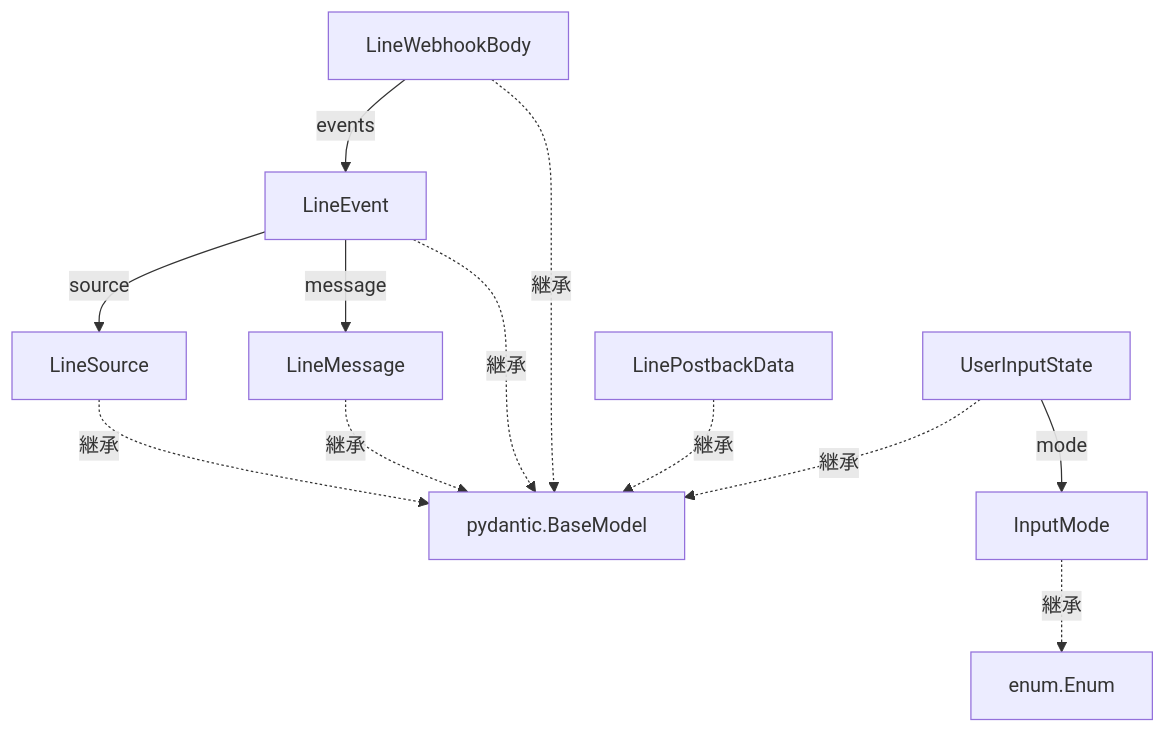
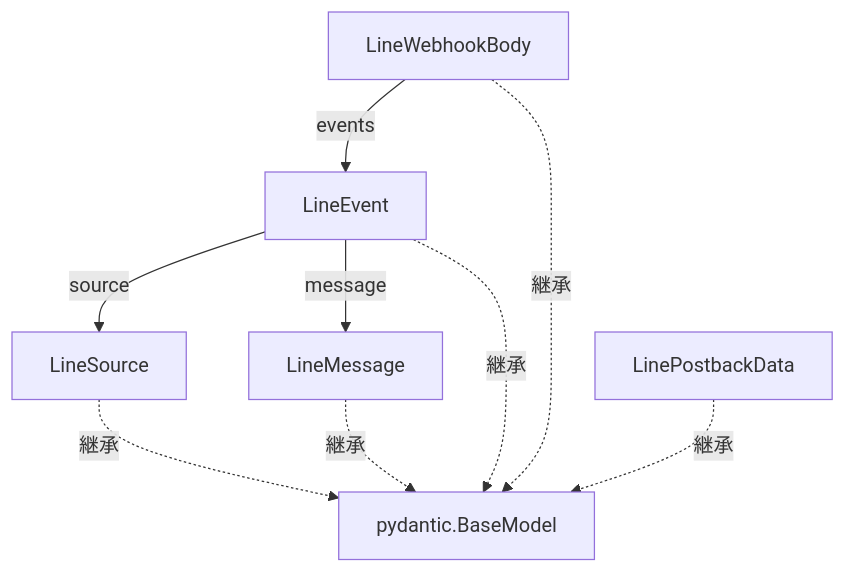
Before and after one commit to mmtigers/my_python_project: the second of 2 diagrams in docs/specifications/MY_HOME_SYSTEM/line.md, drawn with Mermaid. The commit also changed other lines of this file and 47 other files, not shown here.

````diff
--- a/docs/specifications/MY_HOME_SYSTEM/line.md
+++ b/docs/specifications/MY_HOME_SYSTEM/line.md
@@ -224,21 +176,17 @@
 ```mermaid
 graph TD
     %% 外部クラス継承関係
     BaseModel[pydantic.BaseModel]
-    Enum[enum.Enum]
     
     LineSource -.->|継承| BaseModel
     LineMessage -.->|継承| BaseModel
     LineEvent -.->|継承| BaseModel
     LineWebhookBody -.->|継承| BaseModel
     LinePostbackData -.->|継承| BaseModel
-    UserInputState -.->|継承| BaseModel
-    InputMode -.->|継承| Enum
     
     %% クラス間参照関係
     LineWebhookBody -->|events| LineEvent
     LineEvent -->|source| LineSource
     LineEvent -->|message| LineMessage
-    UserInputState -->|mode| InputMode
 
 ```
````
